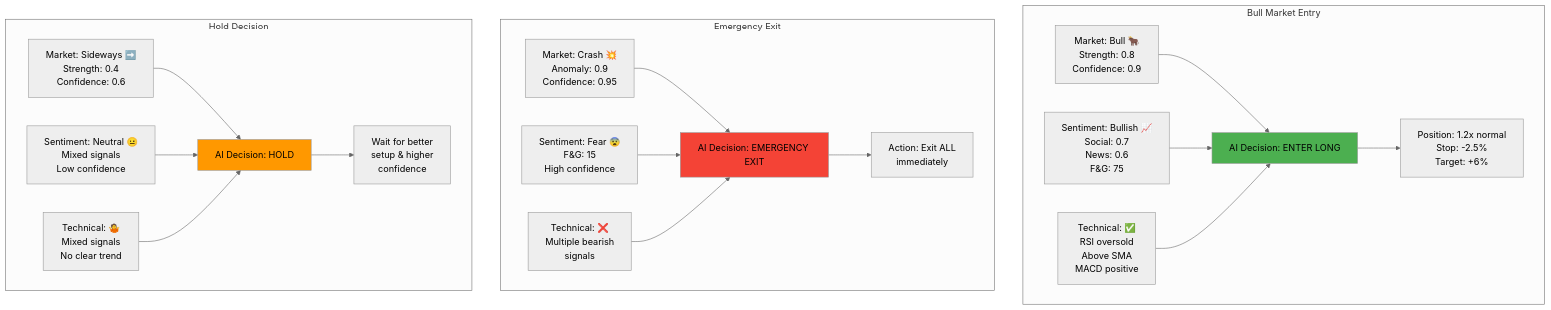
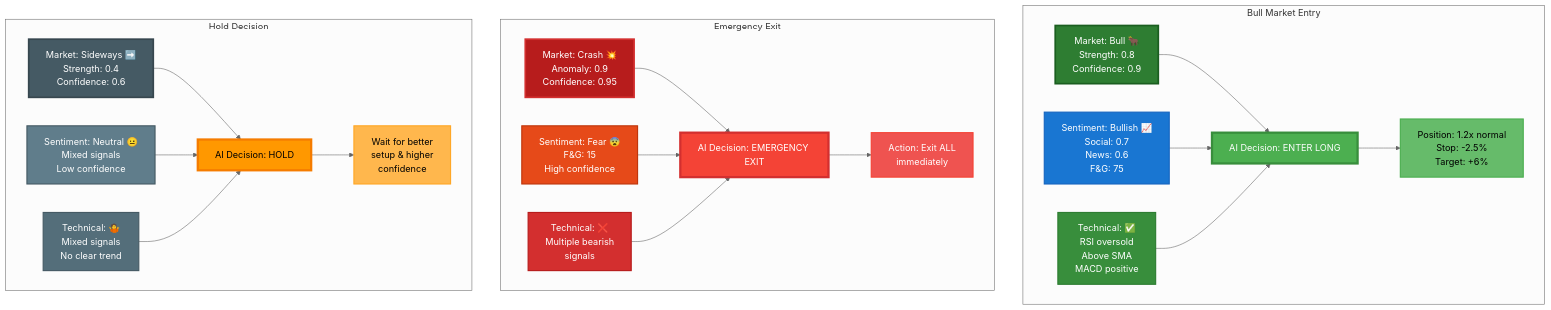
The fifth of 5 diagrams in AI_SYSTEM.md (solid-computing/AI-Trading), drawn with Mermaid (neutral theme) before and after one commit. The commit also changed other lines of this file and 1 other file, not shown here.

Commit message:
Enhance mermaid diagrams with improved color contrast and accessibility

````diff
--- a/AI_SYSTEM.md
+++ b/AI_SYSTEM.md
@@ -204,39 +257,53 @@
 ```mermaid
 graph TD
     subgraph "Bull Market Entry"
         A1[Market: Bull 🐂<br/>Strength: 0.8<br/>Confidence: 0.9]
         B1[Sentiment: Bullish 📈<br/>Social: 0.7<br/>News: 0.6<br/>F&G: 75]
         C1[Technical: ✅<br/>RSI oversold<br/>Above SMA<br/>MACD positive]
         
         A1 --> D1[AI Decision: ENTER LONG]
         B1 --> D1
         C1 --> D1
         D1 --> E1[Position: 1.2x normal<br/>Stop: -2.5%<br/>Target: +6%]
     end
     
     subgraph "Emergency Exit"
         A2[Market: Crash 💥<br/>Anomaly: 0.9<br/>Confidence: 0.95]
         B2[Sentiment: Fear 😨<br/>F&G: 15<br/>High confidence]
         C2[Technical: ❌<br/>Multiple bearish<br/>signals]
         
         A2 --> D2[AI Decision: EMERGENCY EXIT]
         B2 --> D2
         C2 --> D2
         D2 --> E2[Action: Exit ALL<br/>immediately]
     end
     
     subgraph "Hold Decision"
         A3[Market: Sideways ➡️<br/>Strength: 0.4<br/>Confidence: 0.6]
         B3[Sentiment: Neutral 😐<br/>Mixed signals<br/>Low confidence]
         C3[Technical: 🤷<br/>Mixed signals<br/>No clear trend]
         
         A3 --> D3[AI Decision: HOLD]
         B3 --> D3
         C3 --> D3
         D3 --> E3[Wait for better<br/>setup & higher<br/>confidence]
     end
     
-    style D1 fill:#4caf50
-    style D2 fill:#f44336
-    style D3 fill:#ff9800
+    style A1 fill:#2E7D32,stroke:#1B5E20,stroke-width:3px,color:#FFFFFF
+    style B1 fill:#1976D2,stroke:#1565C0,stroke-width:2px,color:#FFFFFF
+    style C1 fill:#388E3C,stroke:#2E7D32,stroke-width:2px,color:#FFFFFF
+    style D1 fill:#4CAF50,stroke:#388E3C,stroke-width:4px,color:#FFFFFF
+    style E1 fill:#66BB6A,stroke:#4CAF50,stroke-width:2px,color:#000000
+    
+    style A2 fill:#B71C1C,stroke:#D32F2F,stroke-width:3px,color:#FFFFFF
+    style B2 fill:#E64A19,stroke:#BF360C,stroke-width:2px,color:#FFFFFF
+    style C2 fill:#D32F2F,stroke:#B71C1C,stroke-width:2px,color:#FFFFFF
+    style D2 fill:#F44336,stroke:#D32F2F,stroke-width:4px,color:#FFFFFF
+    style E2 fill:#EF5350,stroke:#F44336,stroke-width:2px,color:#FFFFFF
+    
+    style A3 fill:#455A64,stroke:#37474F,stroke-width:3px,color:#FFFFFF
+    style B3 fill:#607D8B,stroke:#455A64,stroke-width:2px,color:#FFFFFF
+    style C3 fill:#546E7A,stroke:#455A64,stroke-width:2px,color:#FFFFFF
+    style D3 fill:#FF9800,stroke:#F57C00,stroke-width:4px,color:#000000
+    style E3 fill:#FFB74D,stroke:#FFA726,stroke-width:2px,color:#000000
 ```
````
